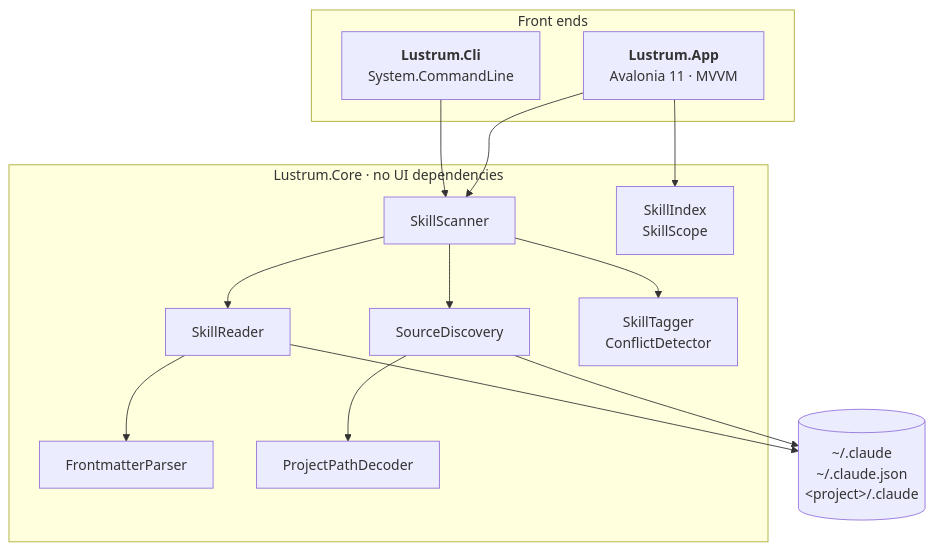
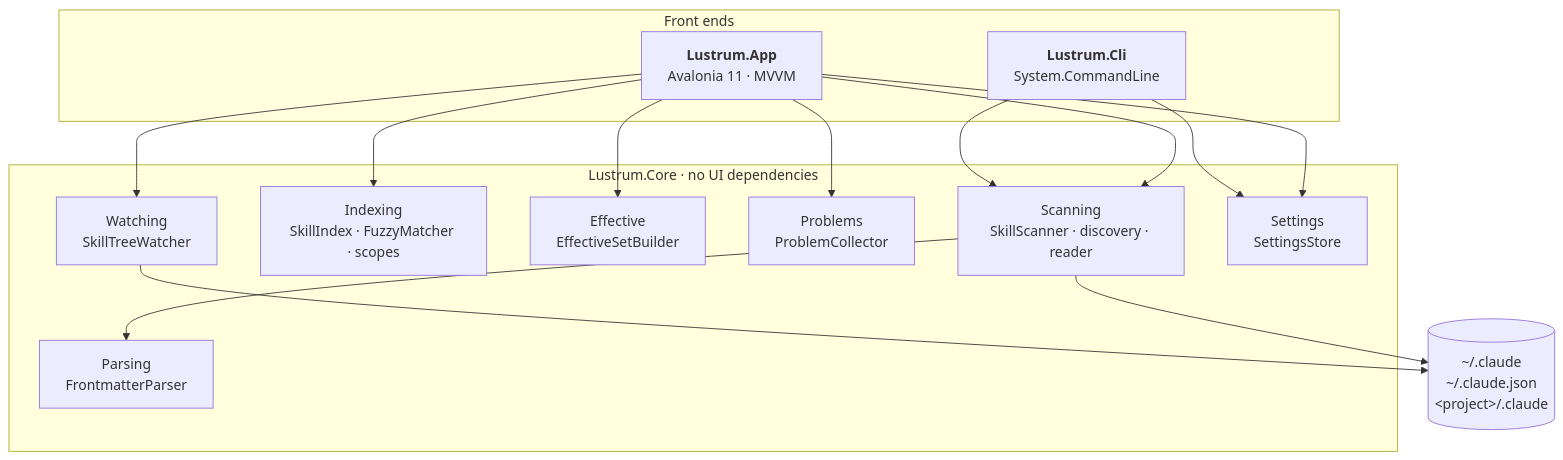
One commit to sburdenko/lustrum changed the first of 2 diagrams in README.md. Above: the diagram before and after it, drawn with Mermaid. The commit also changed other lines of this file and 6 other files, not shown here.

````diff
--- a/README.md
+++ b/README.md
@@ -102,28 +132,25 @@
 ```mermaid
 flowchart TB
     subgraph front["Front ends"]
         app["<b>Lustrum.App</b><br/>Avalonia 11 · MVVM"]
         cli["<b>Lustrum.Cli</b><br/>System.CommandLine"]
     end
 
     subgraph core["Lustrum.Core · no UI dependencies"]
-        scanner["SkillScanner"]
-        discovery["SourceDiscovery"]
-        reader["SkillReader"]
-        parser["FrontmatterParser"]
-        decoder["ProjectPathDecoder"]
-        tagger["SkillTagger<br/>ConflictDetector"]
-        index["SkillIndex<br/>SkillScope"]
+        scanner["Scanning<br/>SkillScanner · discovery · reader"]
+        parser["Parsing<br/>FrontmatterParser"]
+        index["Indexing<br/>SkillIndex · FuzzyMatcher · scopes"]
+        effective["Effective<br/>EffectiveSetBuilder"]
+        problems["Problems<br/>ProblemCollector"]
+        watching["Watching<br/>SkillTreeWatcher"]
+        settings["Settings<br/>SettingsStore"]
     end
 
     disk[("~/.claude<br/>~/.claude.json<br/>&lt;project&gt;/.claude")]
 
-    app --> scanner
-    app --> index
-    cli --> scanner
-    scanner --> discovery --> decoder
-    scanner --> reader --> parser
-    scanner --> tagger
-    discovery --> disk
-    reader --> disk
+    app --> scanner & index & effective & problems & watching & settings
+    cli --> scanner & settings
+    scanner --> parser
+    scanner --> disk
+    watching --> disk
 ```
````
